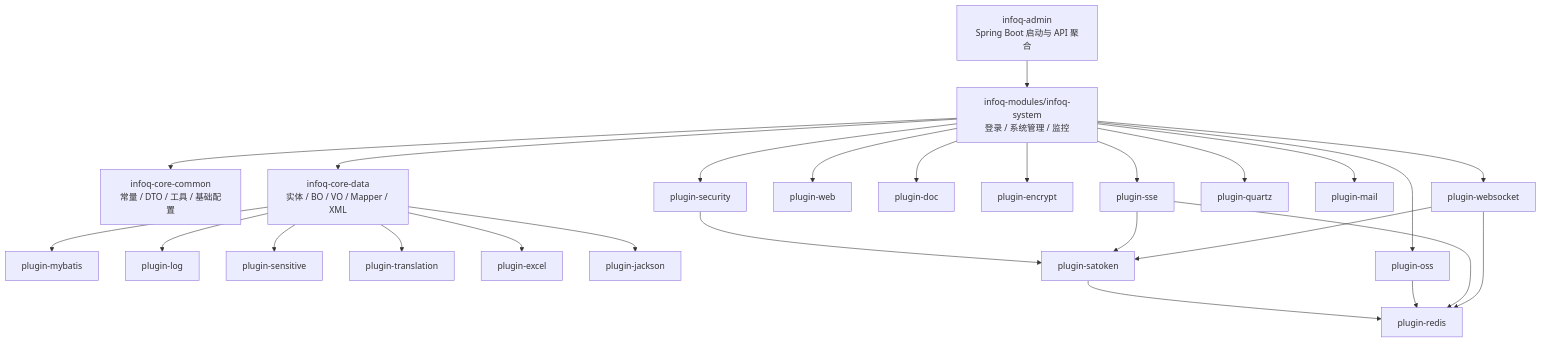
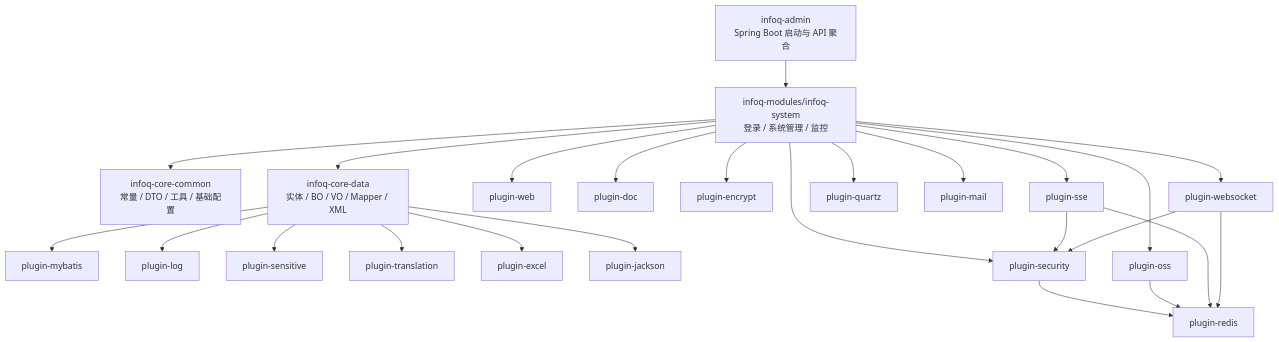
One commit to cicys/sv-scaffold-ai changed the diagram in infoq-scaffold-backend/doc/architecture.md. Above: the diagram before and after it, drawn with Mermaid. The commit also changed other lines of this file and 176 other files, not shown here.

````diff
--- a/infoq-scaffold-backend/doc/architecture.md
+++ b/infoq-scaffold-backend/doc/architecture.md
@@ -22,54 +22,52 @@
 ```mermaid
 flowchart TB
     admin[infoq-admin<br/>Spring Boot 启动与 API 聚合]
     system[infoq-modules/infoq-system<br/>登录 / 系统管理 / 监控]
     common[infoq-core-common<br/>常量 / DTO / 工具 / 基础配置]
     data[infoq-core-data<br/>实体 / BO / VO / Mapper / XML]
 
     mybatisPlugin[plugin-mybatis]
     logPlugin[plugin-log]
     sensitivePlugin[plugin-sensitive]
     translationPlugin[plugin-translation]
     excelPlugin[plugin-excel]
     jacksonPlugin[plugin-jackson]
 
     securityPlugin[plugin-security]
-    saTokenPlugin[plugin-satoken]
     redisPlugin[plugin-redis]
     webPlugin[plugin-web]
     ossPlugin[plugin-oss]
     docPlugin[plugin-doc]
     encryptPlugin[plugin-encrypt]
     ssePlugin[plugin-sse]
     quartzPlugin[plugin-quartz]
     mailPlugin[plugin-mail]
     websocketPlugin[plugin-websocket]
 
     admin --> system
     system --> common
     system --> data
     system --> securityPlugin
     system --> webPlugin
     system --> ossPlugin
     system --> docPlugin
     system --> encryptPlugin
     system --> ssePlugin
     system --> quartzPlugin
     system --> mailPlugin
     system --> websocketPlugin
 
-    securityPlugin --> saTokenPlugin
-    saTokenPlugin --> redisPlugin
+    securityPlugin --> redisPlugin
     ossPlugin --> redisPlugin
     ssePlugin --> redisPlugin
     websocketPlugin --> redisPlugin
-    ssePlugin --> saTokenPlugin
-    websocketPlugin --> saTokenPlugin
+    ssePlugin --> securityPlugin
+    websocketPlugin --> securityPlugin
 
     data --> mybatisPlugin
     data --> logPlugin
     data --> sensitivePlugin
     data --> translationPlugin
     data --> excelPlugin
     data --> jacksonPlugin
 ```
````
